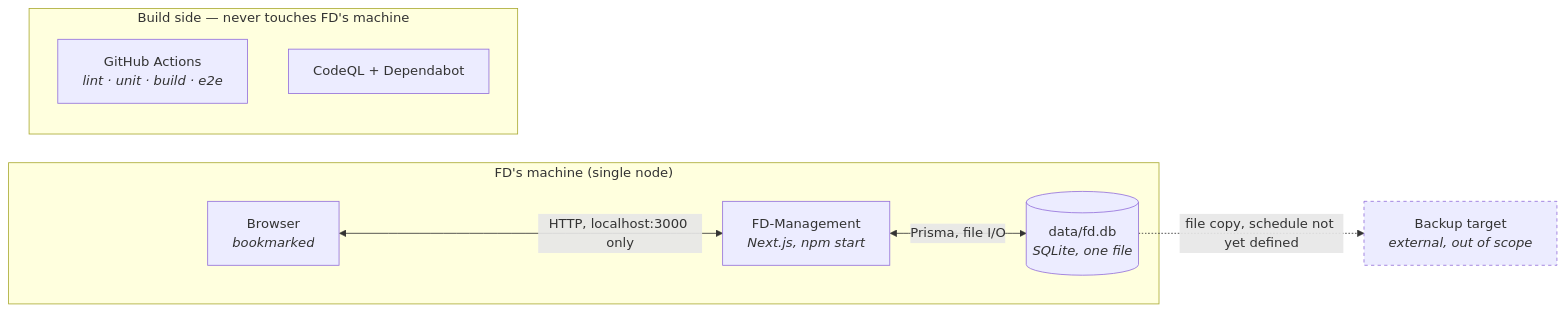
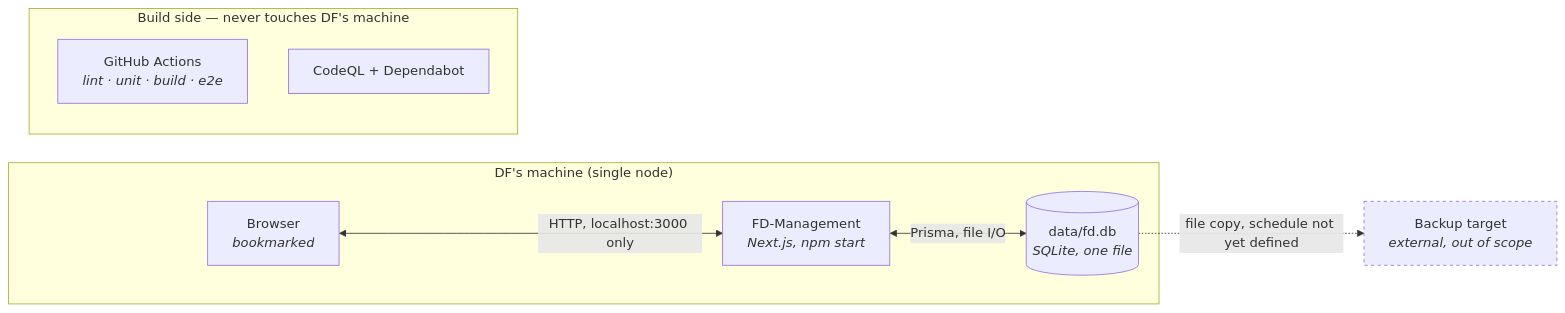
The second of 2 diagrams in docs/architecture/03-context-and-scope.md (Lin0pan/FD-management), drawn with Mermaid before and after one commit. The commit also changed other lines of this file and 127 other files, not shown here.

````diff
--- a/docs/architecture/03-context-and-scope.md
+++ b/docs/architecture/03-context-and-scope.md
@@ -39,21 +39,21 @@
 ```mermaid
 flowchart LR
-    subgraph machine["FD's machine (single node)"]
+    subgraph machine["DF's machine (single node)"]
         browser["Browser<br/><i>bookmarked</i>"]
         app["FD-Management<br/><i>Next.js, npm start</i>"]
         db[("data/fd.db<br/><i>SQLite, one file</i>")]
         browser <-- "HTTP, localhost:3000 only" --> app
         app <-- "Prisma, file I/O" --> db
     end
 
     backup["Backup target<br/><i>external, out of scope</i>"]
     db -. "file copy, schedule not yet defined" .-> backup
 
-    subgraph build["Build side — never touches FD's machine"]
+    subgraph build["Build side — never touches DF's machine"]
         gh["GitHub Actions<br/><i>lint · unit · build · e2e</i>"]
         codeql["CodeQL + Dependabot"]
     end
 
     classDef gap stroke-dasharray: 4 4
     class backup gap
 ```
````
